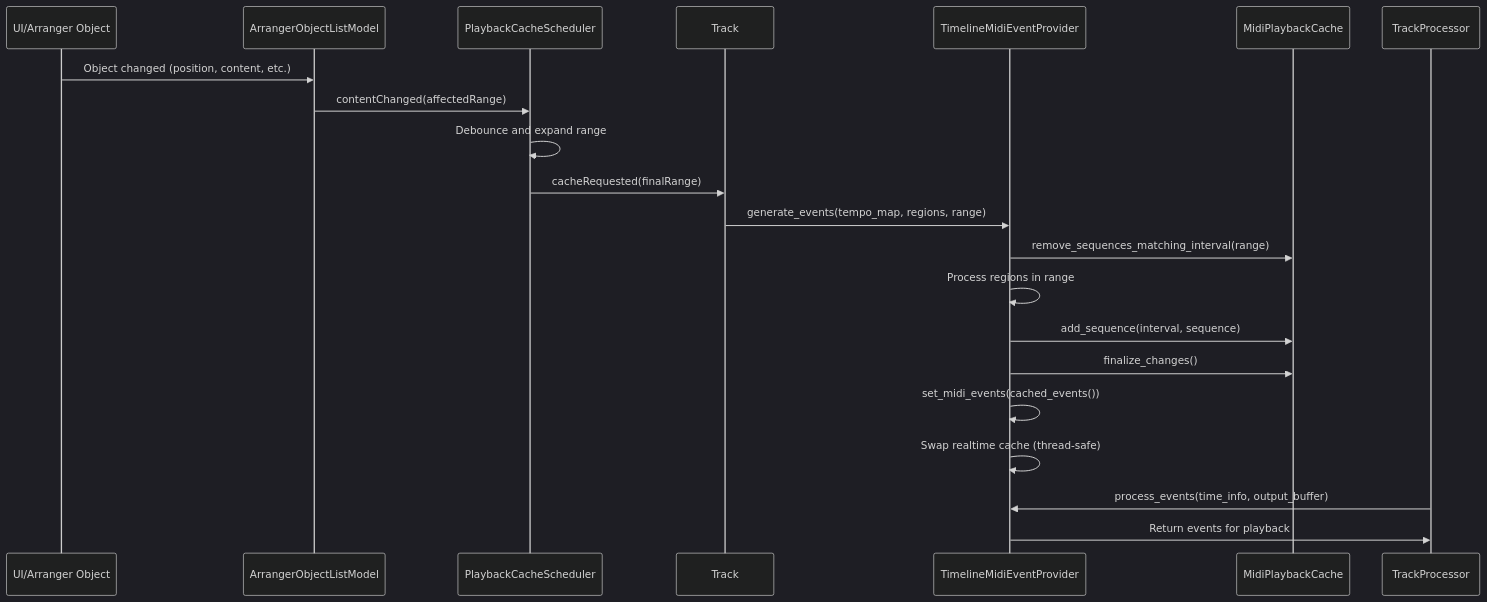
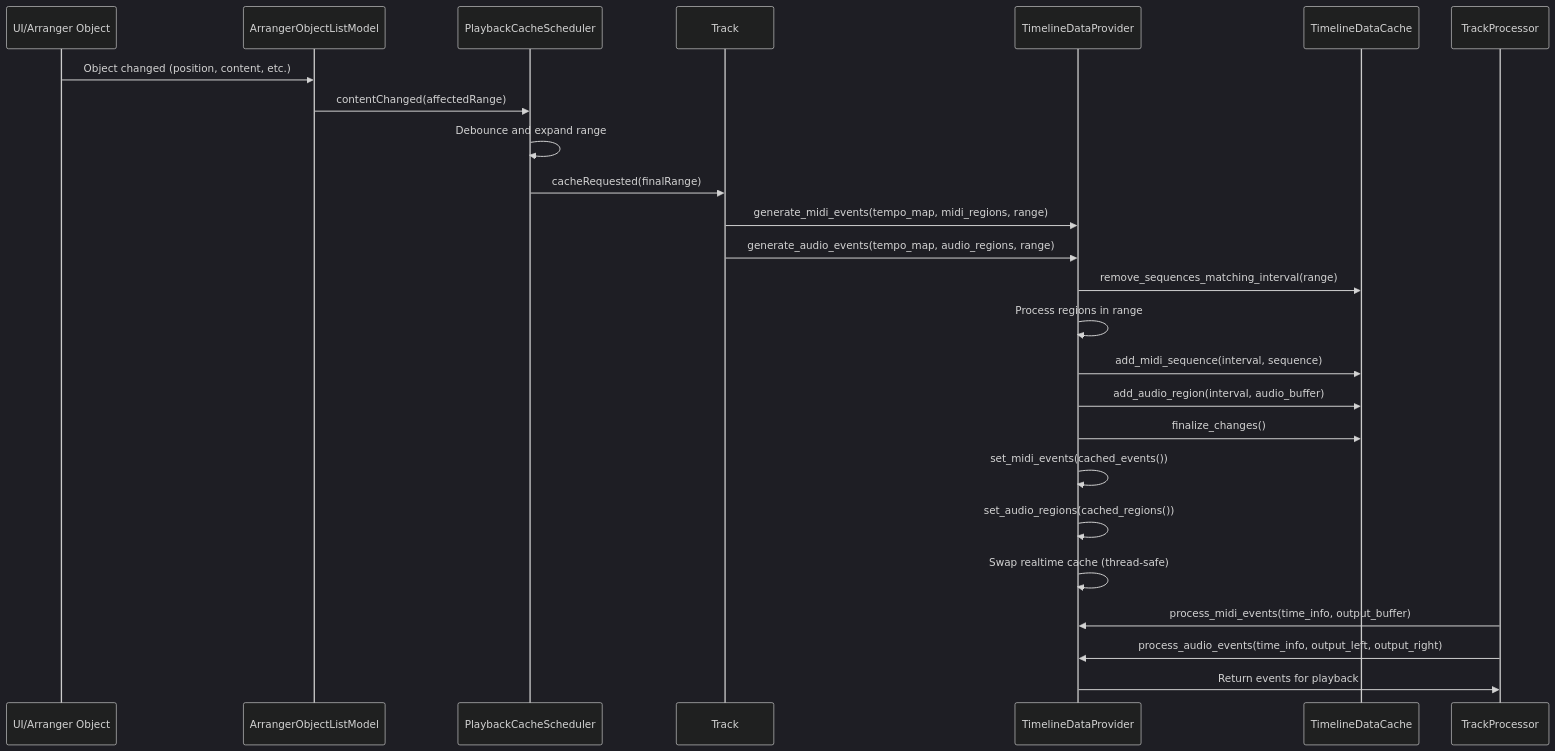
One commit to zrythm/zrythm changed the fourth of 4 diagrams in doc/dev/playback_cache_architecture.md. Above: the diagram before and after it, drawn with Mermaid (dark theme). The commit also changed other lines of this file and 9 other files, not shown here.

Commit message:
MidiPlaybackCache: rename to TimelineDataCache and add audio functionality

````diff
--- a/doc/dev/playback_cache_architecture.md
+++ b/doc/dev/playback_cache_architecture.md
@@ -126,24 +136,28 @@
 ```mermaid
 sequenceDiagram
     participant UI as UI/Arranger Object
     participant AOLM as ArrangerObjectListModel
     participant Scheduler as PlaybackCacheScheduler
     participant Track as Track
-    participant Provider as TimelineMidiEventProvider
-    participant Cache as MidiPlaybackCache
+    participant Provider as TimelineDataProvider
+    participant Cache as TimelineDataCache
     participant Processor as TrackProcessor
 
     UI->>AOLM: Object changed (position, content, etc.)
     AOLM->>Scheduler: contentChanged(affectedRange)
     Scheduler->>Scheduler: Debounce and expand range
     Scheduler->>Track: cacheRequested(finalRange)
-    Track->>Provider: generate_events(tempo_map, regions, range)
+    Track->>Provider: generate_midi_events(tempo_map, midi_regions, range)
+    Track->>Provider: generate_audio_events(tempo_map, audio_regions, range)
     Provider->>Cache: remove_sequences_matching_interval(range)
     Provider->>Provider: Process regions in range
-    Provider->>Cache: add_sequence(interval, sequence)
+    Provider->>Cache: add_midi_sequence(interval, sequence)
+    Provider->>Cache: add_audio_region(interval, audio_buffer)
     Provider->>Cache: finalize_changes()
     Provider->>Provider: set_midi_events(cached_events())
+    Provider->>Provider: set_audio_regions(cached_regions())
     Provider->>Provider: Swap realtime cache (thread-safe)
-    Processor->>Provider: process_events(time_info, output_buffer)
+    Processor->>Provider: process_midi_events(time_info, output_buffer)
+    Processor->>Provider: process_audio_events(time_info, output_left, output_right)
     Provider->>Processor: Return events for playback
 ```
````
